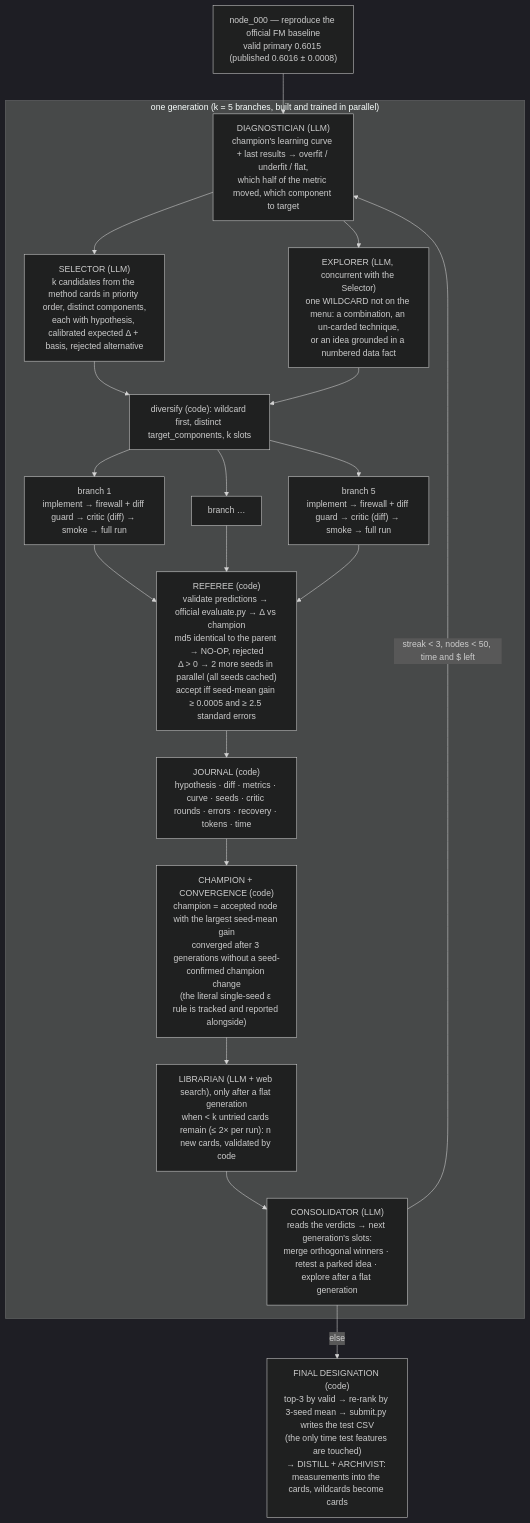
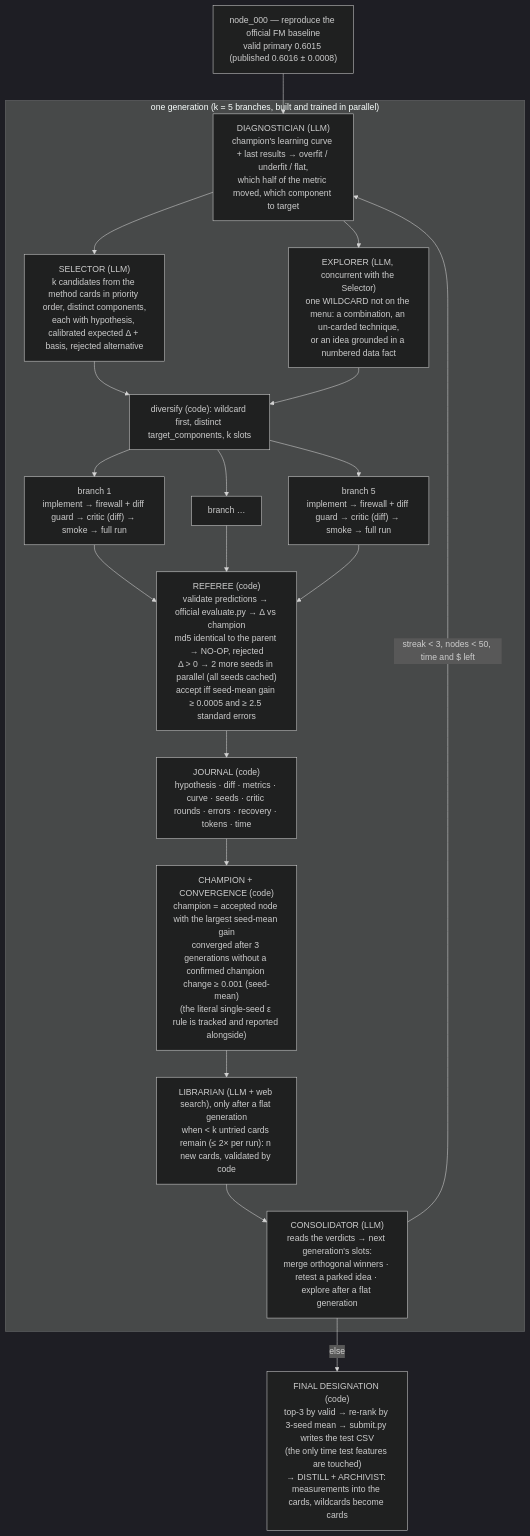
The first of 2 diagrams in kb/ARCHITECTURE.md (yxshrk/jitai_ml_agent), drawn with Mermaid (dark theme) before and after one commit. The commit also changed other lines of this file and 10 other files, not shown here.

Commit message:
ADR-0012: a confirmed champion change resets the streak only if its seed-mean gain is >= 0.001 (eps rescaled to the seed-mean's noise); --convergence official|confirmed switch; summary reports the node the literal rule would have submitted; larger output caps for xhigh roles

````diff
--- a/kb/ARCHITECTURE.md
+++ b/kb/ARCHITECTURE.md
@@ -14,21 +14,21 @@
 ```mermaid
 flowchart TD
     N0["node_000 — reproduce the official FM baseline<br/>valid primary 0.6015 (published 0.6016 ± 0.0008)"] --> D
     subgraph GEN["one generation (k = 5 branches, built and trained in parallel)"]
         D["DIAGNOSTICIAN (LLM)<br/>champion's learning curve + last results → overfit / underfit / flat,<br/>which half of the metric moved, which component to target"] --> S & X
         S["SELECTOR (LLM)<br/>k candidates from the method cards in priority order, distinct components,<br/>each with hypothesis, calibrated expected Δ + basis, rejected alternative"]
         X["EXPLORER (LLM, concurrent with the Selector)<br/>one WILDCARD not on the menu: a combination, an un-carded technique,<br/>or an idea grounded in a numbered data fact"]
         S & X --> DV["diversify (code): wildcard first, distinct target_components, k slots"]
         DV --> B1 & B2 & B3
         B1["branch 1<br/>implement → firewall + diff guard → critic (diff) → smoke → full run"]
         B2["branch …"]
         B3["branch 5<br/>implement → firewall + diff guard → critic (diff) → smoke → full run"]
         B1 & B2 & B3 --> REF["REFEREE (code)<br/>validate predictions → official evaluate.py → Δ vs champion<br/>md5 identical to the parent → NO-OP, rejected<br/>Δ > 0 → 2 more seeds in parallel (all seeds cached)<br/>accept iff seed-mean gain ≥ 0.0005 and ≥ 2.5 standard errors"]
         REF --> J["JOURNAL (code)<br/>hypothesis · diff · metrics · curve · seeds · critic rounds · errors · recovery · tokens · time"]
-        J --> CH["CHAMPION + CONVERGENCE (code)<br/>champion = accepted node with the largest seed-mean gain<br/>converged after 3 generations without a seed-confirmed champion change<br/>(the literal single-seed ε rule is tracked and reported alongside)"]
+        J --> CH["CHAMPION + CONVERGENCE (code)<br/>champion = accepted node with the largest seed-mean gain<br/>converged after 3 generations without a confirmed champion change ≥ 0.001 (seed-mean)<br/>(the literal single-seed ε rule is tracked and reported alongside)"]
         CH --> LIB["LIBRARIAN (LLM + web search), only after a flat generation<br/>when < k untried cards remain (≤ 2× per run): n new cards, validated by code"]
         LIB --> CONS["CONSOLIDATOR (LLM)<br/>reads the verdicts → next generation's slots:<br/>merge orthogonal winners · retest a parked idea · explore after a flat generation"]
     end
     CONS -->|"streak < 3, nodes < 50, time and $ left"| D
     CONS -->|"else"| END["FINAL DESIGNATION (code)<br/>top-3 by valid → re-rank by 3-seed mean → submit.py writes the test CSV<br/>(the only time test features are touched)<br/>→ DISTILL + ARCHIVIST: measurements into the cards, wildcards become cards"]
 ```
````
